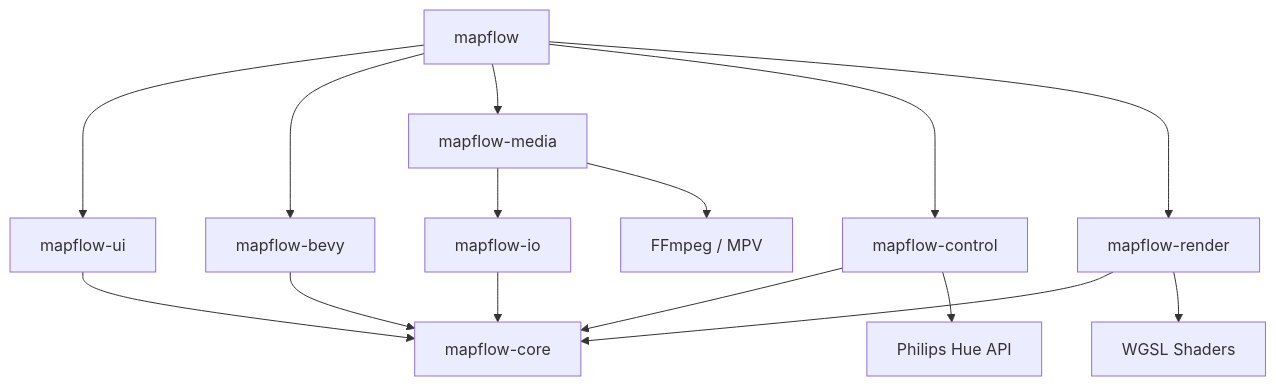
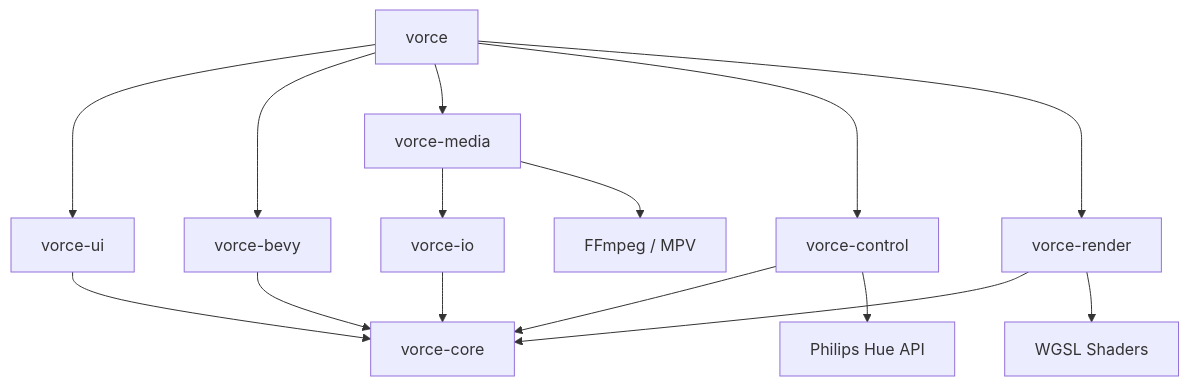
One commit to MrLongNight/MapFlow changed the diagram in docs/A1_SYSTEM/B1_ARCHITECTURE/DOC-C1_OVERVIEW.md. Above: the diagram before and after it, drawn with Mermaid. The commit also changed other lines of this file and 85 other files, not shown here.

````diff
--- a/docs/A1_SYSTEM/B1_ARCHITECTURE/DOC-C1_OVERVIEW.md
+++ b/docs/A1_SYSTEM/B1_ARCHITECTURE/DOC-C1_OVERVIEW.md
@@ -11,21 +11,21 @@
 ```mermaid
 graph TD
     %% Crates
-    Main[mapflow] --> UI[mapflow-ui]
-    Main --> Bevy[mapflow-bevy]
-    Main --> Media[mapflow-media]
-    Main --> Control[mapflow-control]
-    Main --> Render[mapflow-render]
+    Main[vorce] --> UI[vorce-ui]
+    Main --> Bevy[vorce-bevy]
+    Main --> Media[vorce-media]
+    Main --> Control[vorce-control]
+    Main --> Render[vorce-render]
 
-    UI --> Core[mapflow-core]
+    UI --> Core[vorce-core]
     Render --> Core
     Bevy --> Core
     Control --> Core
-    Media --> IO[mapflow-io]
+    Media --> IO[vorce-io]
     IO --> Core
 
     %% Externe Ressourcen
     Render --> Shaders[WGSL Shaders]
     Media --> FFmpeg[FFmpeg / MPV]
     Control --> Hue[Philips Hue API]
 ```
````
